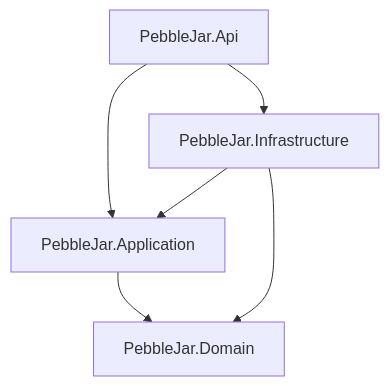
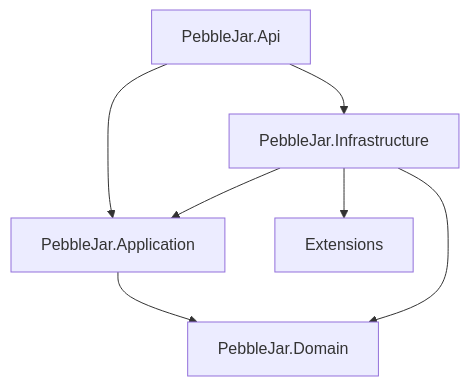
One commit to izoya/pebble-jar changed the diagram in notes/month-1-progress.md. Above: the diagram before and after it, drawn with Mermaid. The commit also changed 18 other files, not shown here.

````diff
--- a/notes/month-1-progress.md
+++ b/notes/month-1-progress.md
@@ -10,10 +10,11 @@
 ```mermaid
 flowchart TD
     Api[PebbleJar.Api] --> Application[PebbleJar.Application]
     Api --> Infrastructure[PebbleJar.Infrastructure]
 
     Application --> Domain[PebbleJar.Domain]
 
     Infrastructure --> Application
+    Infrastructure --> Extensions
     Infrastructure --> Domain
 ```
````
